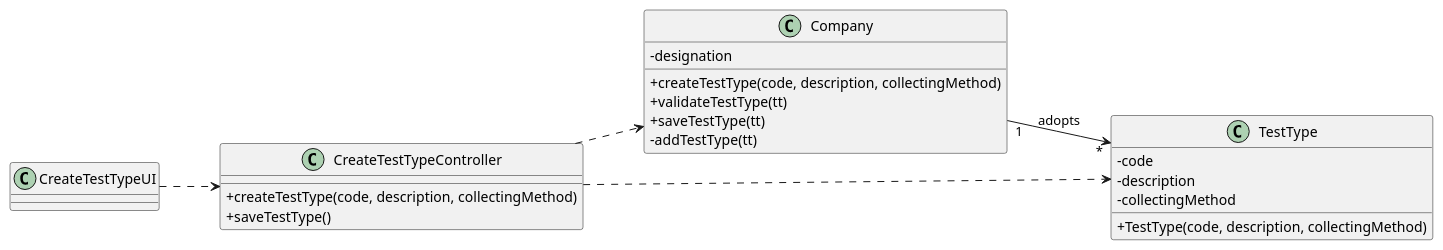
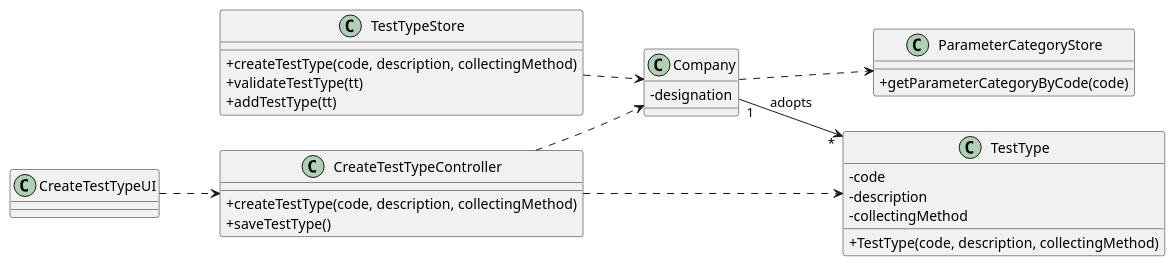
The diagram in docs/SprintB/US09/US09-CD.puml (0franciscor/lei-21-s2-1de-g19), drawn with PlantUML before and after one commit. The commit also changed 2 other files, not shown here.

```diff
--- a/docs/SprintB/US09/US09-CD.puml
+++ b/docs/SprintB/US09/US09-CD.puml
@@ -1,33 +1,42 @@
 @startuml
 skinparam classAttributeIconSize 0
 left to right direction
 
 class "Company" as C {
 -designation
+}
+
+class "TestTypeStore" as TTS{
 +createTestType(code, description, collectingMethod)
 +validateTestType(tt)
-+saveTestType(tt)
--addTestType(tt)
++addTestType(tt)
+}
+
+class "ParameterCategoryStore" as PCS{
++getParameterCategoryByCode(code)
 }
 
 class "TestType" as TT {
 -code
 -description
 -collectingMethod
 +TestType(code, description, collectingMethod)
 }
 
 class "CreateTestTypeController" as CTTC {
 +createTestType(code, description, collectingMethod)
 +saveTestType()
 }
 
 class "CreateTestTypeUI" as CTTUI
 class "TestType" as TT
 class "CreateTestTypeController" as CTTC
+
 CTTUI ..> CTTC
+C ..> PCS
+TTS ..> C
 CTTC ..> TT
 CTTC ..> C
 C "1" --> "*" TT : adopts
 
 @enduml
```
